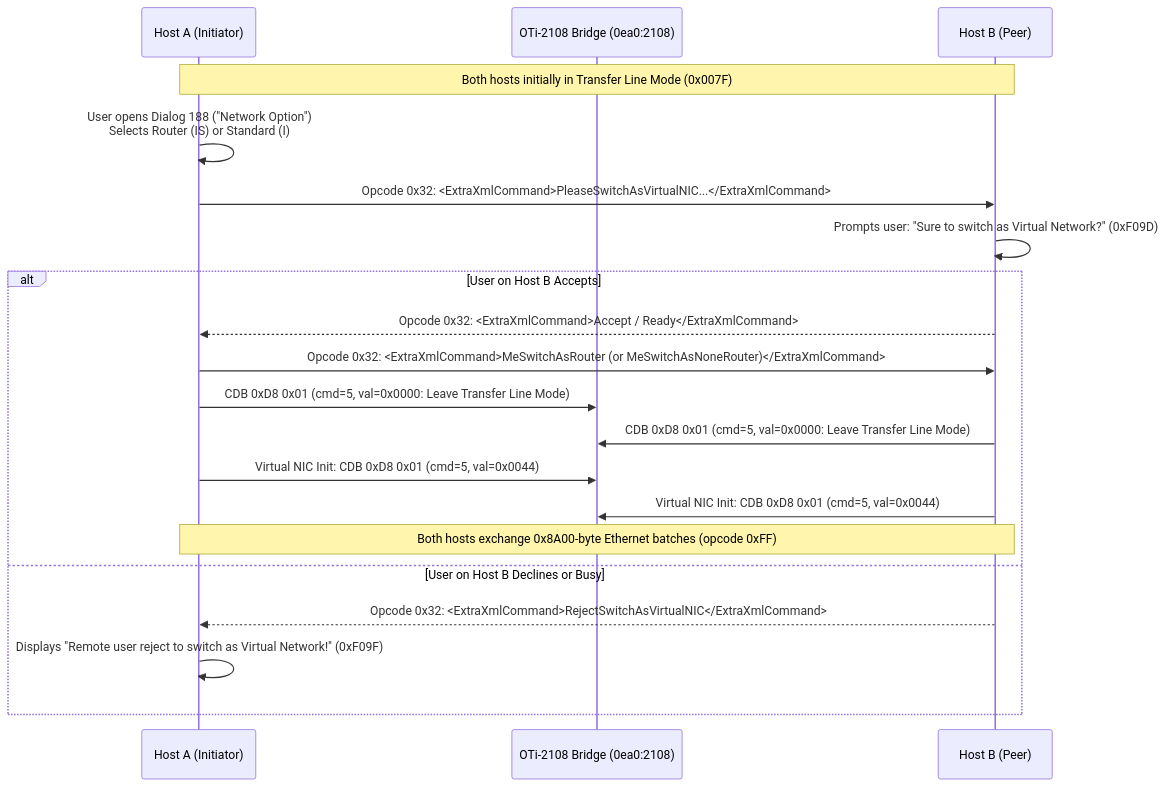
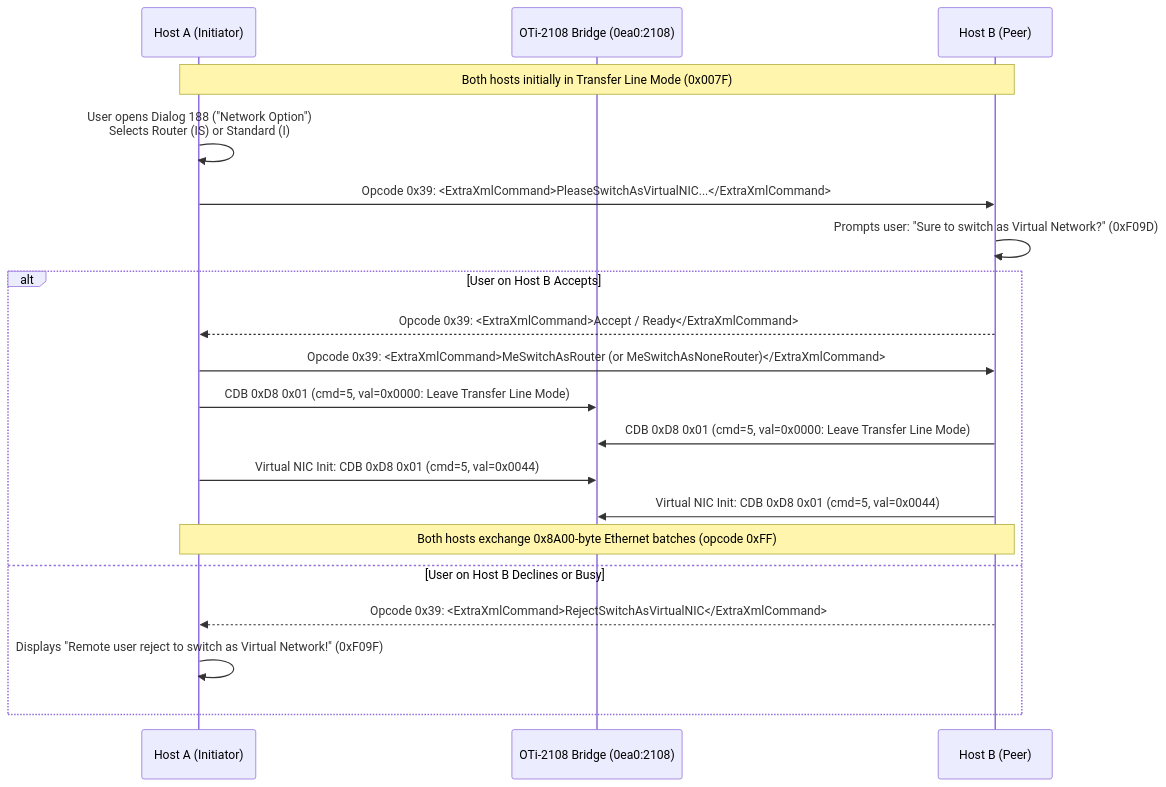
One commit to brlin-tw/easysync-cleanroom changed the diagram in specs/04-virtual-nic-and-mode-switch-spec.md. Above: the diagram before and after it, drawn with Mermaid. The commit also changed 2 other files, not shown here.

First paragraph of the commit message:
docs(specs): Align client opcodes and XML framing with binary ground truth
This commit fixes several opcode misattributions and layout inaccuracies
in the wire protocol specification:

````diff
--- a/specs/04-virtual-nic-and-mode-switch-spec.md
+++ b/specs/04-virtual-nic-and-mode-switch-spec.md
@@ -20,23 +20,23 @@
 ```mermaid
 sequenceDiagram
     participant HostA as Host A (Initiator)
     participant Bridge as OTi-2108 Bridge (0ea0:2108)
     participant HostB as Host B (Peer)
 
     Note over HostA,HostB: Both hosts initially in Transfer Line Mode (0x007F)
     HostA->>HostA: User opens Dialog 188 ("Network Option")<br/>Selects Router (IS) or Standard (I)
-    HostA->>HostB: Opcode 0x32: <ExtraXmlCommand>PleaseSwitchAsVirtualNIC...</ExtraXmlCommand>
+    HostA->>HostB: Opcode 0x39: <ExtraXmlCommand>PleaseSwitchAsVirtualNIC...</ExtraXmlCommand>
     HostB->>HostB: Prompts user: "Sure to switch as Virtual Network?" (0xF09D)
     alt User on Host B Accepts
-        HostB-->>HostA: Opcode 0x32: <ExtraXmlCommand>Accept / Ready</ExtraXmlCommand>
-        HostA->>HostB: Opcode 0x32: <ExtraXmlCommand>MeSwitchAsRouter (or MeSwitchAsNoneRouter)</ExtraXmlCommand>
+        HostB-->>HostA: Opcode 0x39: <ExtraXmlCommand>Accept / Ready</ExtraXmlCommand>
+        HostA->>HostB: Opcode 0x39: <ExtraXmlCommand>MeSwitchAsRouter (or MeSwitchAsNoneRouter)</ExtraXmlCommand>
         HostA->>Bridge: CDB 0xD8 0x01 (cmd=5, val=0x0000: Leave Transfer Line Mode)
         HostB->>Bridge: CDB 0xD8 0x01 (cmd=5, val=0x0000: Leave Transfer Line Mode)
         HostA->>Bridge: Virtual NIC Init: CDB 0xD8 0x01 (cmd=5, val=0x0044)
         HostB->>Bridge: Virtual NIC Init: CDB 0xD8 0x01 (cmd=5, val=0x0044)
         Note over HostA,HostB: Both hosts exchange 0x8A00-byte Ethernet batches (opcode 0xFF)
     else User on Host B Declines or Busy
-        HostB-->>HostA: Opcode 0x32: <ExtraXmlCommand>RejectSwitchAsVirtualNIC</ExtraXmlCommand>
+        HostB-->>HostA: Opcode 0x39: <ExtraXmlCommand>RejectSwitchAsVirtualNIC</ExtraXmlCommand>
         HostA->>HostA: Displays "Remote user reject to switch as Virtual Network!" (0xF09F)
     end
 ```
````
